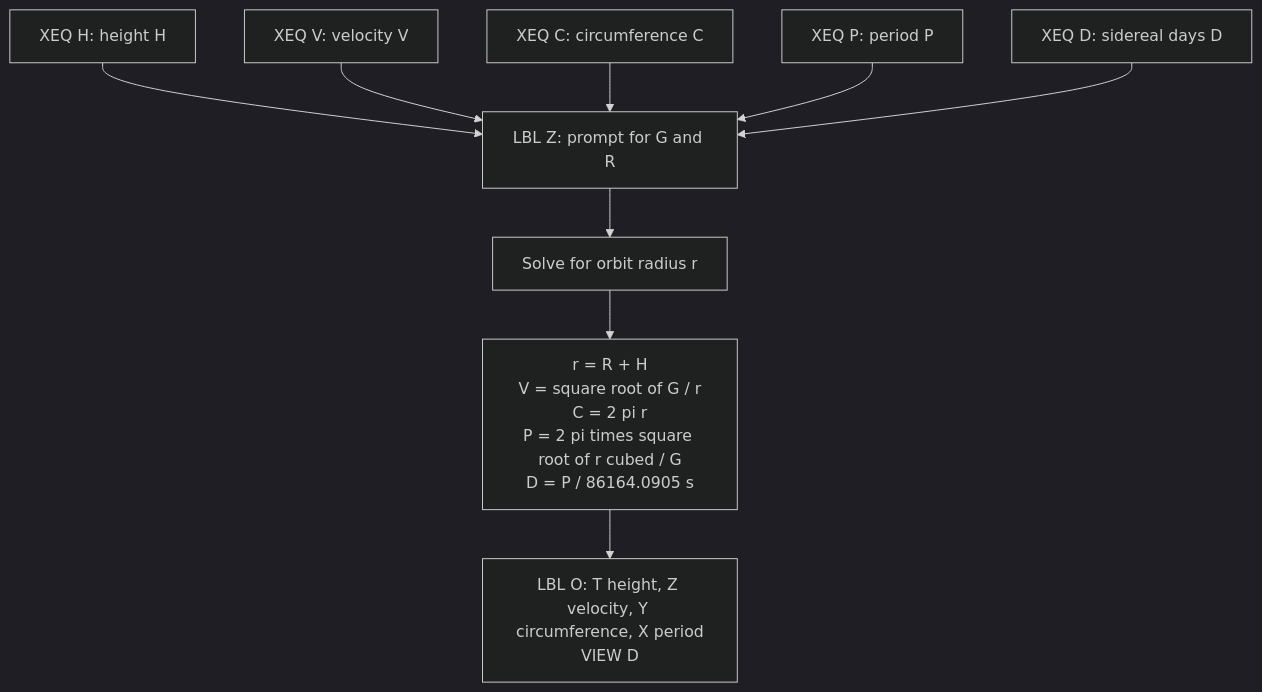
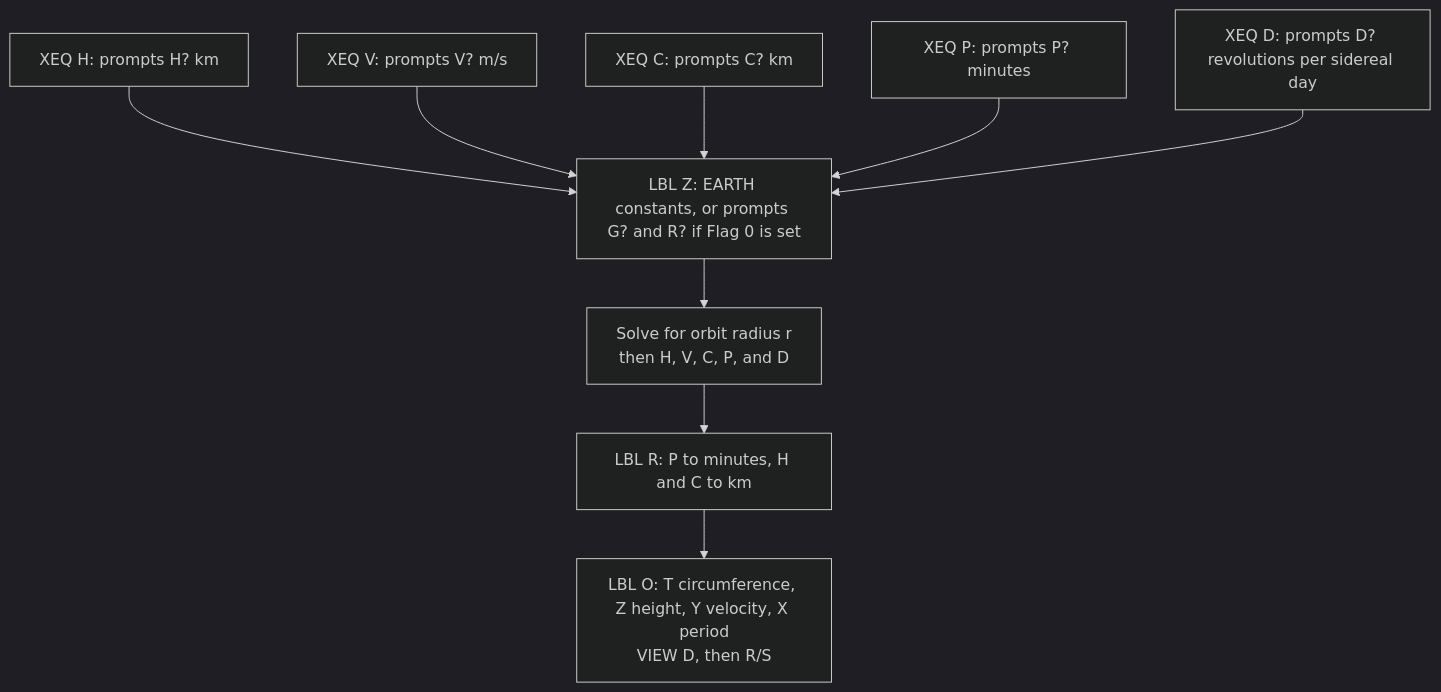
One commit to jacober-calc/astrodynamics32 changed the diagram in README.md. Above: the diagram before and after it, drawn with Mermaid (dark theme). The commit also changed other lines of this file, not shown here.

````diff
--- a/README.md
+++ b/README.md
@@ -17,11 +63,11 @@
 ```mermaid
 flowchart TD
-    nH["XEQ H: height H"] --> nZ
-    nV["XEQ V: velocity V"] --> nZ
-    nC["XEQ C: circumference C"] --> nZ
-    nP["XEQ P: period P"] --> nZ
-    nD["XEQ D: sidereal days D"] --> nZ
-    nZ["LBL Z: prompt for G and R"] --> nR["Solve for orbit radius r"]
-    nR --> nAll["r = R + H<br/>V = square root of G / r<br/>C = 2 pi r<br/>P = 2 pi times square root of r cubed / G<br/>D = P / 86164.0905 s"]
-    nAll --> nO["LBL O: T height, Z velocity, Y circumference, X period<br/>VIEW D"]
+    nH["XEQ H: prompts H? km"] --> nZ
+    nV["XEQ V: prompts V? m/s"] --> nZ
+    nC["XEQ C: prompts C? km"] --> nZ
+    nP["XEQ P: prompts P? minutes"] --> nZ
+    nD["XEQ D: prompts D? revolutions per sidereal day"] --> nZ
+    nZ["LBL Z: EARTH constants, or prompts G? and R? if Flag 0 is set"] --> nR["Solve for orbit radius r<br/>then H, V, C, P, and D"]
+    nR --> nU["LBL R: P to minutes, H and C to km"]
+    nU --> nO["LBL O: T circumference, Z height, Y velocity, X period<br/>VIEW D, then R/S"]
 ```
````
